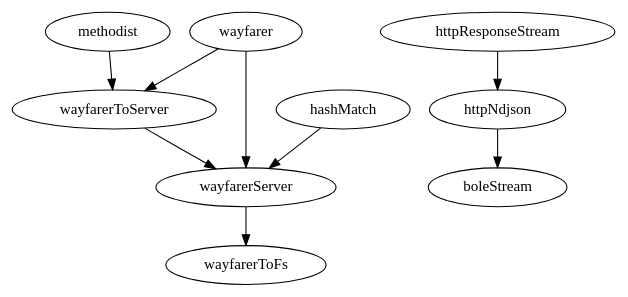
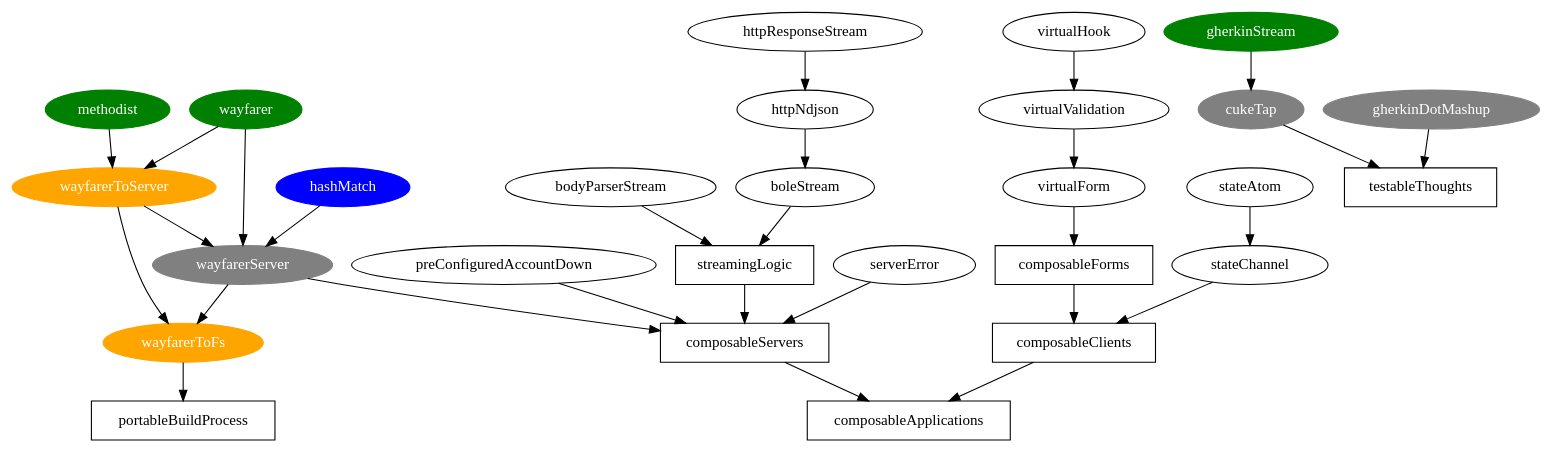
One commit to yoshuawuyts/plan changed the diagram in plan.dot. Above: the diagram before and after it, drawn with Graphviz. The commit also changed 2 other files, not shown here.

Commit message:
plan: add colors + explanation

```diff
--- a/plan.dot
+++ b/plan.dot
@@ -1,13 +1,57 @@
+// colors
+//   gray = not implemented
+//   orange = experimental
+//   green = stable
+//   blue = locked
+
 digraph planning {
   // routing, which leads to solid
   // portable ways of getting data around
   // wayfarer-to-server
+  hashMatch [style="filled" fontcolor="white" color="blue"]
+  methodist [style="filled" fontcolor="white" color="green"]
+  wayfarer [style="filled" fontcolor="white" color="green"]
+  wayfarerToFs [style="filled" fontcolor="white" color="orange"]
+  wayfarerToServer [style="filled" fontcolor="white" color="orange"]
+  wayfarerServer [style="filled" fontcolor="white" color="gray"]
   {wayfarer methodist} -> wayfarerToServer
   {wayfarer hashMatch wayfarerToServer} -> wayfarerServer
-  {wayfarerServer} -> wayfarerToFs
+  {wayfarerServer wayfarerToServer} -> wayfarerToFs
 
   // http-framework
   // modular components to build http servers
   httpResponseStream -> httpNdjson
   httpNdjson -> boleStream
+  bodyParserStream -> streamingLogic
+  serverError -> composableServers
+  wayfarerServer -> composableServers
+  preConfiguredAccountDown -> composableServers
+  boleStream -> streamingLogic -> composableServers
+
+  // test
+  gherkinStream [style="filled" fontcolor="white" color="green"]
+  cukeTap [style="filled" fontcolor="white" color="gray"]
+  gherkinDotMashup [style="filled" fontcolor="white" color="gray"]
+  gherkinStream -> cukeTap
+
+  // virtual-dom
+  stateAtom -> stateChannel
+  virtualHook -> virtualValidation
+  virtualValidation -> virtualForm
+
+  // abstract
+
+  portableBuildProcess [shape="box"]
+  composableApplications [shape="box"]
+  composableServers [shape="box"]
+  composableForms [shape="box"]
+  composableClients [shape="box"]
+  streamingLogic [shape="box"]
+  testableThoughts [shape="box"]
+
+  {gherkinDotMashup cukeTap} -> testableThoughts
+  virtualForm -> composableForms -> composableClients
+  stateChannel -> composableClients
+  wayfarerToFs -> portableBuildProcess
+  {composableClients composableServers} -> composableApplications
 }
```
